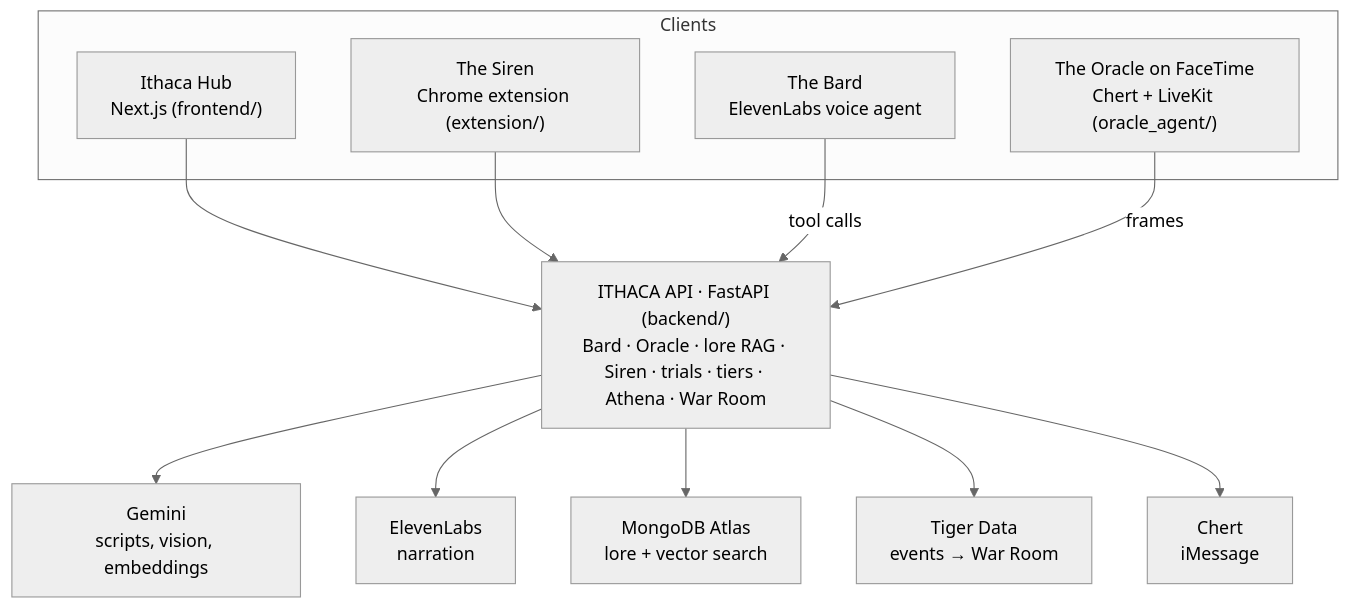
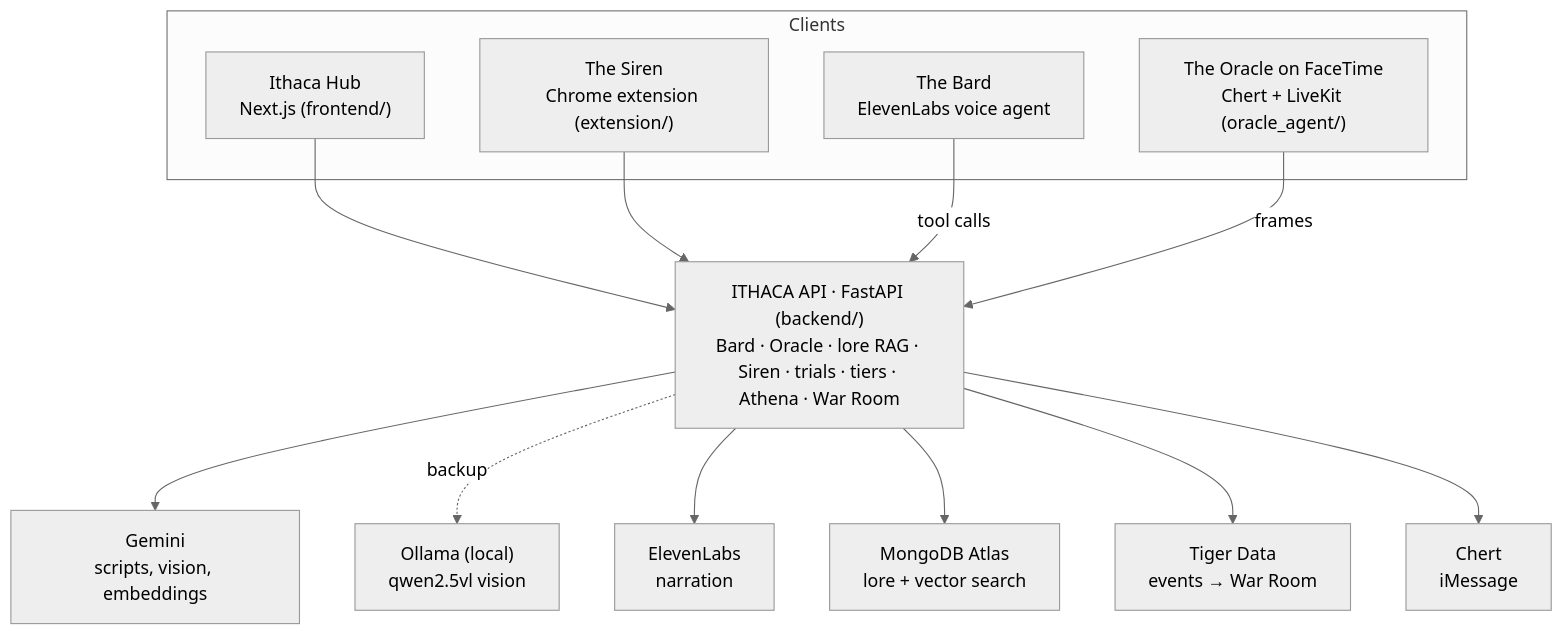
The diagram in README.md (SameeraaGKan/Ithica), drawn with Mermaid (neutral theme) before and after one commit. The commit also changed other lines of this file, not shown here.

First line of the commit message:
README: fallbacks, Ollama backup, in-page clips, privacy, setup scripts, layout and troubleshooting brought up to date

````diff
--- a/README.md
+++ b/README.md
@@ -40,19 +40,20 @@
 ```mermaid
 flowchart TB
   subgraph Clients
     HUB["Ithaca Hub<br/>Next.js (frontend/)"]
     SIREN["The Siren<br/>Chrome extension (extension/)"]
     BARD["The Bard<br/>ElevenLabs voice agent"]
     ORACLE["The Oracle on FaceTime<br/>Chert + LiveKit (oracle_agent/)"]
   end
   API["ITHACA API · FastAPI (backend/)<br/>Bard · Oracle · lore RAG · Siren · trials · tiers · Athena · War Room"]
   HUB --> API
   SIREN --> API
   BARD -- "tool calls" --> API
   ORACLE -- "frames" --> API
   API --> GEM["Gemini<br/>scripts, vision, embeddings"]
+  API -. "backup" .-> OLL["Ollama (local)<br/>qwen2.5vl vision"]
   API --> EL["ElevenLabs<br/>narration"]
   API --> ATLAS["MongoDB Atlas<br/>lore + vector search"]
   API --> TIGER["Tiger Data<br/>events → War Room"]
   API --> CHERT["Chert<br/>iMessage"]
 ```
````
